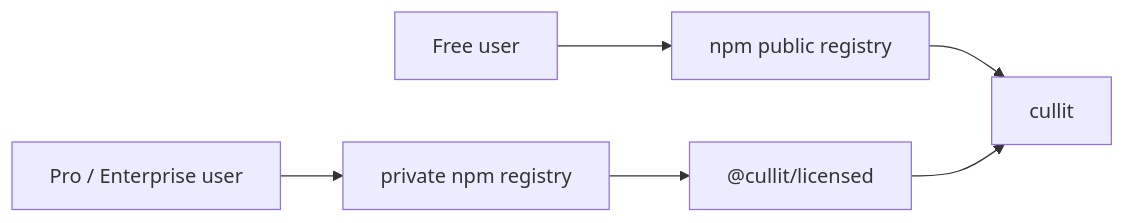
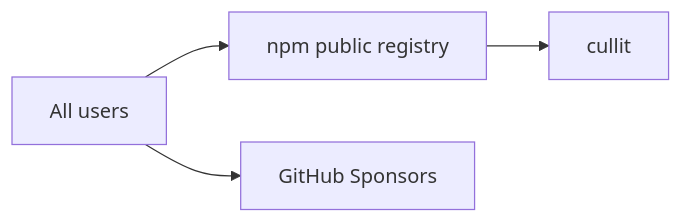
Before and after one commit to actions-marketplace-validations/mttaylor_cullit: the second of 6 diagrams in architecture-docs/ARCHITECTURE_INTERNAL.md, drawn with Mermaid. The commit also changed other lines of this file and 66 other files, not shown here.

````diff
--- a/architecture-docs/ARCHITECTURE_INTERNAL.md
+++ b/architecture-docs/ARCHITECTURE_INTERNAL.md
@@ -40,13 +37,10 @@
 ```mermaid
 flowchart LR
-  PublicUser["Free user"]
-  PaidUser["Pro / Enterprise user"]
+  User["All users"]
   NpmPublic["npm public registry"]
-  NpmPrivate["private npm registry"]
   PublicPkg["cullit"]
-  LicensedPkg["@cullit/licensed"]
+  Sponsors["GitHub Sponsors"]
 
-  PublicUser --> NpmPublic --> PublicPkg
-  PaidUser --> NpmPrivate --> LicensedPkg
-  LicensedPkg --> PublicPkg
+  User --> NpmPublic --> PublicPkg
+  User --> Sponsors
 ```
````
